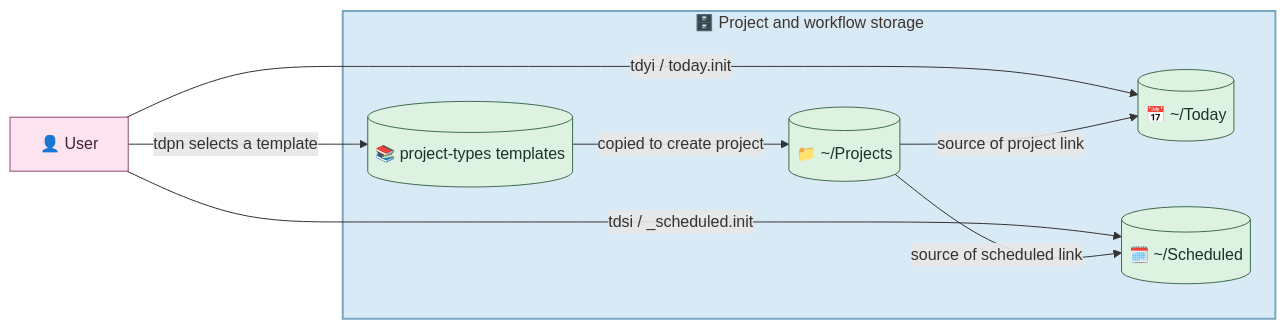
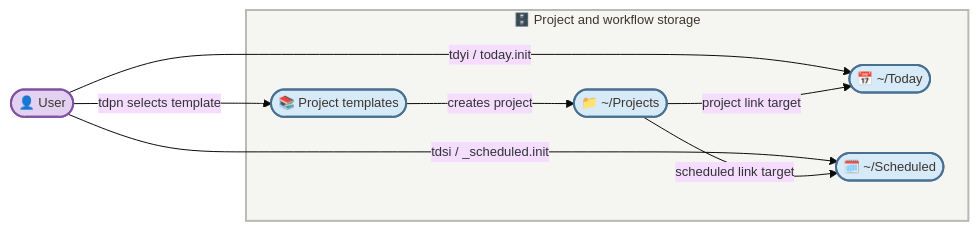
The second of 3 diagrams in README.md (enogrob/project-today-manager), drawn with Mermaid before and after one commit. The commit also changed other lines of this file, not shown here.

````diff
--- a/README.md
+++ b/README.md
@@ -87,24 +92,25 @@
 ```mermaid
+%%{init: {"theme": "base", "themeVariables": {"fontSize": "13px"}, "flowchart": {"wrappingWidth": 200, "minNodeWidth": 0, "padding": 8}}}%%
 flowchart LR
-  user["👤 User"]
+  user(["👤 User"])
 
   subgraph storage["🗄️ Project and workflow storage"]
-    templates[("📚 project-types templates")]
-    projects[("📁 ~/Projects")]
-    today[("📅 ~/Today")]
-    scheduled[("🗓️ ~/Scheduled")]
+    templates(["📚 Project templates"])
+    projects(["📁 ~/Projects"])
+    today(["📅 ~/Today"])
+    scheduled(["🗓️ ~/Scheduled"])
   end
 
-  user -->|tdpn selects a template| templates
-  templates -->|copied to create project| projects
+  user -->|tdpn selects template| templates
+  templates -->|creates project| projects
   user -->|tdyi / today.init| today
-  projects -->|source of project link| today
+  projects -->|project link target| today
   user -->|tdsi / _scheduled.init| scheduled
-  projects -->|source of scheduled link| scheduled
+  projects -->|scheduled link target| scheduled
 
-  classDef actor fill:#FBE4F0,stroke:#8E496D,color:#3F2434;
-  classDef data fill:#DDF2E1,stroke:#3F6B4F,color:#1E3324;
+  classDef actor fill:#E3D1F2,stroke:#8050A1,color:#3E342C,stroke-width:2px;
+  classDef storageItem fill:#D6EAF8,stroke:#496F91,color:#3E342C,stroke-width:2px;
   class user actor;
-  class templates,projects,today,scheduled data;
-  style storage fill:#D9EAF7,stroke:#7AA6C2,color:#3E342C,stroke-width:2px;
+  class templates,projects,today,scheduled storageItem;
+  style storage fill:#F5F5F2,stroke:#B8BAB4,color:#3E342C,stroke-width:2px;
 ```
````
